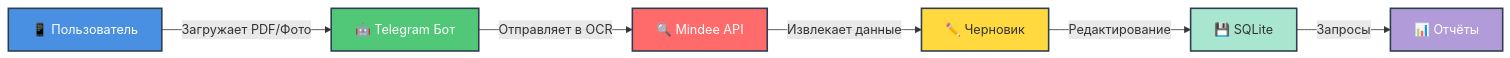
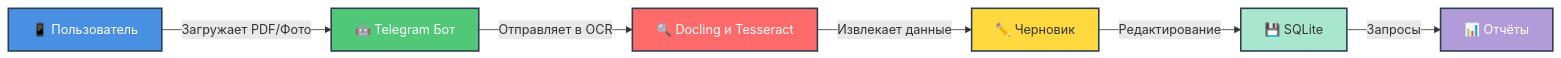
The diagram in README.ru.md (AmaLS367/InvoiceFlowBot), drawn with Mermaid before and after one commit. The commit also changed other lines of this file and 36 other files, not shown here.

Commit message:
feat(ocr): use local Docling and Tesseract by default

````diff
--- a/README.ru.md
+++ b/README.ru.md
@@ -41,15 +41,15 @@
 ```mermaid
 graph LR
     A[📱 Пользователь] -->|Загружает PDF/Фото| B[🤖 Telegram Бот]
-    B -->|Отправляет в OCR| C[🔍 Mindee API]
+    B -->|Отправляет в OCR| C[🔍 Docling и Tesseract]
     C -->|Извлекает данные| D[✏️ Черновик]
     D -->|Редактирование| E[💾 SQLite]
     E -->|Запросы| F[📊 Отчёты]
 
     style A fill:#4A90E2,stroke:#2c3e50,stroke-width:2px,color:#fff
     style B fill:#50C878,stroke:#2c3e50,stroke-width:2px,color:#fff
     style C fill:#FF6B6B,stroke:#2c3e50,stroke-width:2px,color:#fff
     style D fill:#FFD93D,stroke:#2c3e50,stroke-width:2px,color:#333
     style E fill:#A8E6CF,stroke:#2c3e50,stroke-width:2px,color:#333
     style F fill:#B19CD9,stroke:#2c3e50,stroke-width:2px,color:#fff
 ```
````
